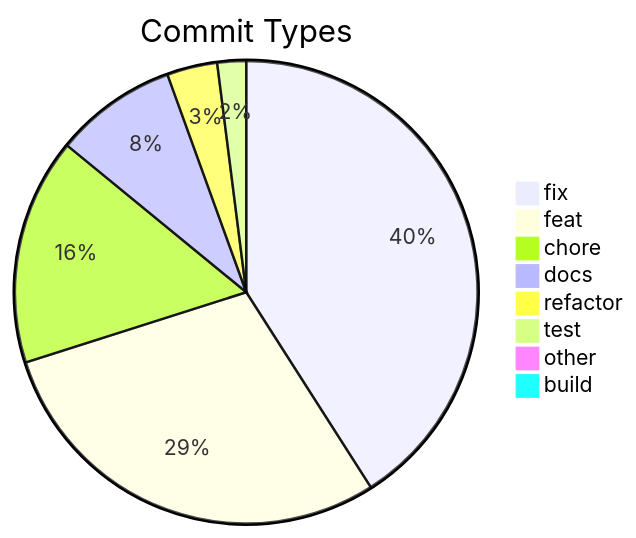
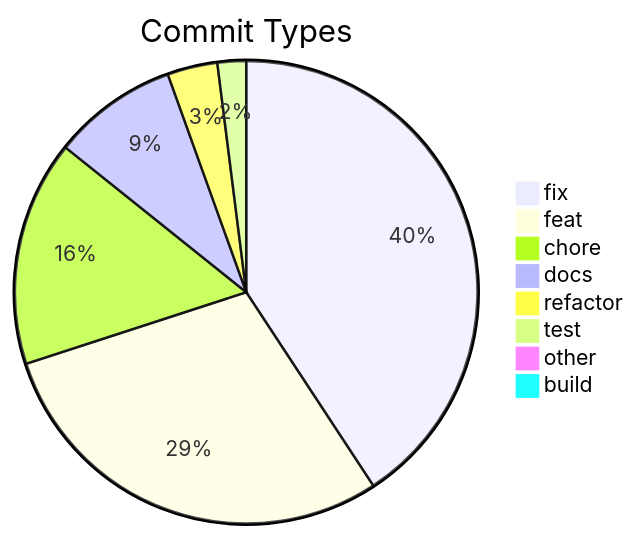
Before and after one commit to svenroth-ai/shipwright-webui: the diagram in .shipwright/compliance/change-history.md, drawn with Mermaid. The commit also changed other lines of this file and 14 other files, not shown here.

````diff
--- a/.shipwright/compliance/change-history.md
+++ b/.shipwright/compliance/change-history.md
@@ -8,11 +8,11 @@
 ```mermaid
 pie title Commit Types
     "fix" : 163
-    "feat" : 116
+    "feat" : 117
     "chore" : 63
-    "docs" : 34
+    "docs" : 35
     "refactor" : 14
     "test" : 8
     "other" : 4
     "build" : 1
 ```
````
